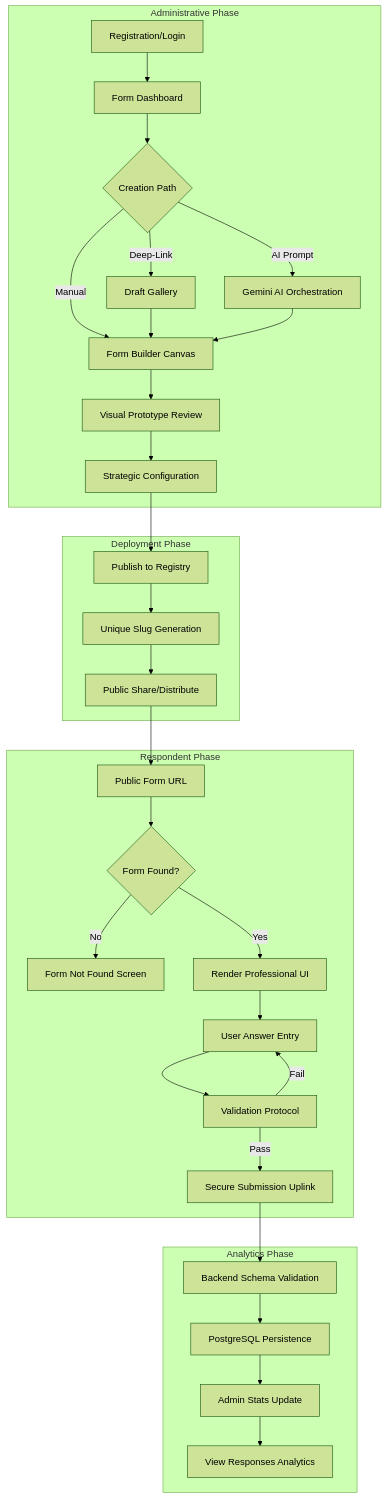
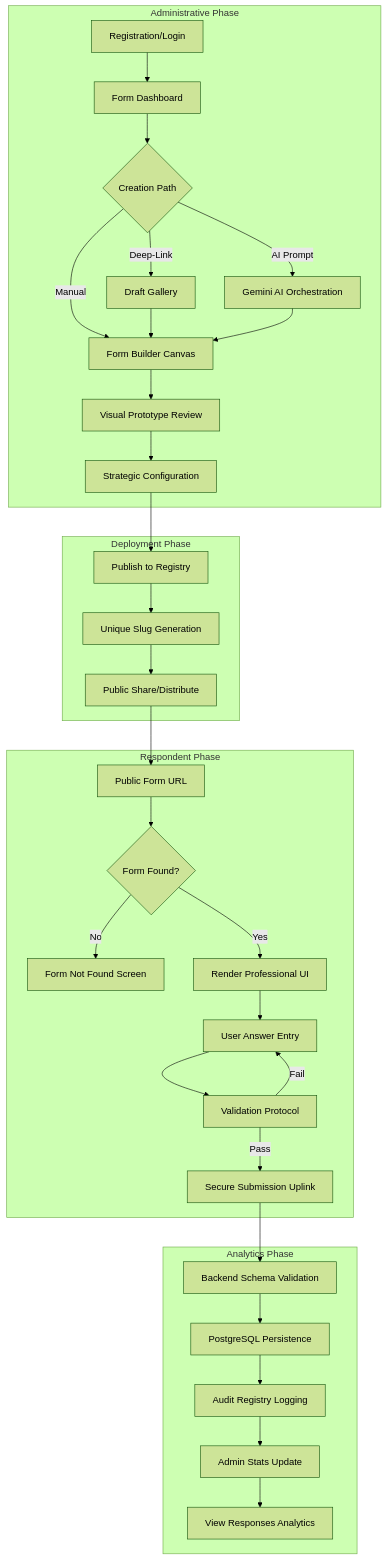
The first of 4 diagrams in docs/Diagrams.md (bluepal-ashok-patcha/FormCraft), drawn with Mermaid (forest theme) before and after one commit. The commit also changed other lines of this file and 5 other files, not shown here.

Commit message:
docs: update architecture, lifecycle, and testing documentation; add project walkthrough

````diff
--- a/docs/Diagrams.md
+++ b/docs/Diagrams.md
@@ -11,38 +11,39 @@
 ```mermaid
 flowchart TD
     subgraph "Administrative Phase"
         A[Registration/Login] --> B[Form Dashboard]
         B --> C{Creation Path}
         C -->|Manual| D[Form Builder Canvas]
         C -->|AI Prompt| E[Gemini AI Orchestration]
         C -->|Deep-Link| G[Draft Gallery]
         G --> D
         E --> D
         D --> F[Visual Prototype Review]
         F --> H[Strategic Configuration]
     end
 
     subgraph "Deployment Phase"
         H --> I[Publish to Registry]
         I --> J[Unique Slug Generation]
         J --> K[Public Share/Distribute]
     end
 
     subgraph "Respondent Phase"
         K --> L[Public Form URL]
         L --> M{Form Found?}
         M -- No --> N[Form Not Found Screen]
         M -- Yes --> O[Render Professional UI]
         O --> P[User Answer Entry]
         P --> Q[Validation Protocol]
         Q -->|Fail| P
         Q -->|Pass| R[Secure Submission Uplink]
     end
 
     subgraph "Analytics Phase"
         R --> S[Backend Schema Validation]
         S --> T[PostgreSQL Persistence]
-        T --> U[Admin Stats Update]
-        U --> V[View Responses Analytics]
+        T --> U[Audit Registry Logging]
+        U --> V[Admin Stats Update]
+        V --> W[View Responses Analytics]
     end
 ```
````
